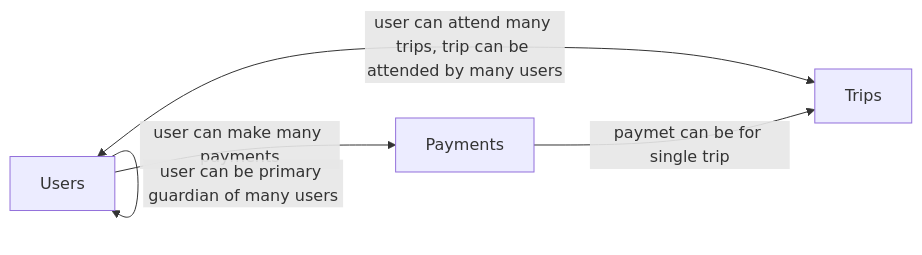
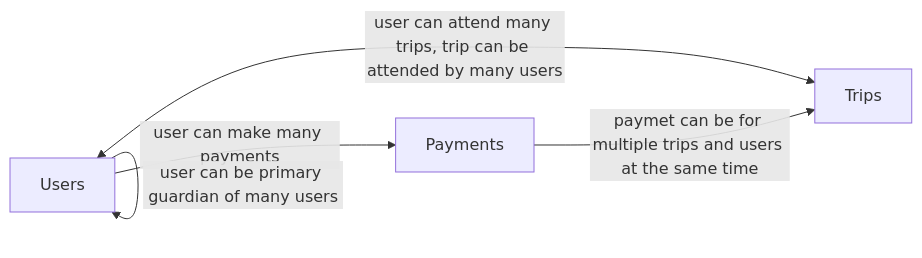
One commit to jesse-rb/school-payments-service changed the diagram in README.md. Above: the diagram before and after it, drawn with Mermaid. The commit also changed other lines of this file and 6 other files, not shown here.

````diff
--- a/README.md
+++ b/README.md
@@ -67,13 +80,13 @@
 ```mermaid
 flowchart LR
     %% === Tables ===
     users["Users"]
     trips["Trips"]
     payments["Payments"]
     
     %% === Relations ===
     users <-->|user can attend many trips, trip can be attended by many users| trips
     users -->|user can make many payments| payments
-    payments -->|paymet can be for single trip| trips
+    payments -->|paymet can be for multiple trips and users at the same time| trips
     users -->|user can be primary guardian of many users| users
 ```
````
